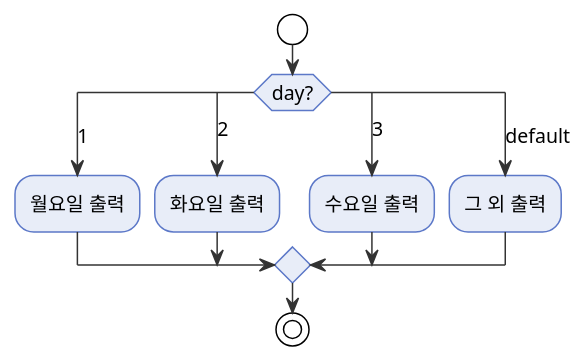
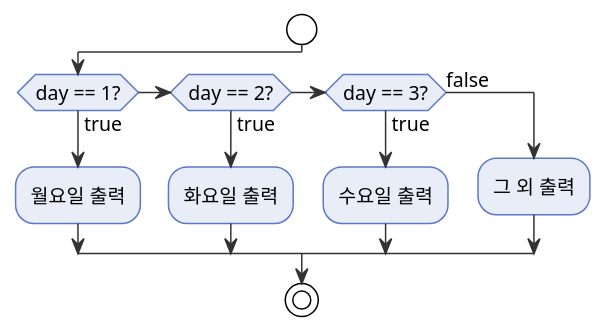
One commit to Jun983/code-archive changed the diagram in docs/assets/diagrams/java/switch.puml. Above: the diagram before and after it, drawn with PlantUML. The commit also changed 4 other files, not shown here.

Commit message:
docs(java): switch 다이어그램을 마름모 조건 분기로 수정

```diff
--- a/docs/assets/diagrams/java/switch.puml
+++ b/docs/assets/diagrams/java/switch.puml
@@ -1,22 +1,21 @@
 @startuml switch
 !theme plain
 skinparam DefaultFontSize 13
 skinparam ActivityBackgroundColor #E8EDF8
 skinparam ActivityBorderColor #5C78C8
 skinparam ArrowColor #333333
 skinparam DiamondBackgroundColor #E8EDF8
 skinparam DiamondBorderColor #5C78C8
 
 start
-switch (day?)
-case (1)
+if (day == 1?) then (true)
   :월요일 출력;
-case (2)
+elseif (day == 2?) then (true)
   :화요일 출력;
-case (3)
+elseif (day == 3?) then (true)
   :수요일 출력;
-case (default)
+else (false)
   :그 외 출력;
-endswitch
+endif
 stop
 @enduml
```
